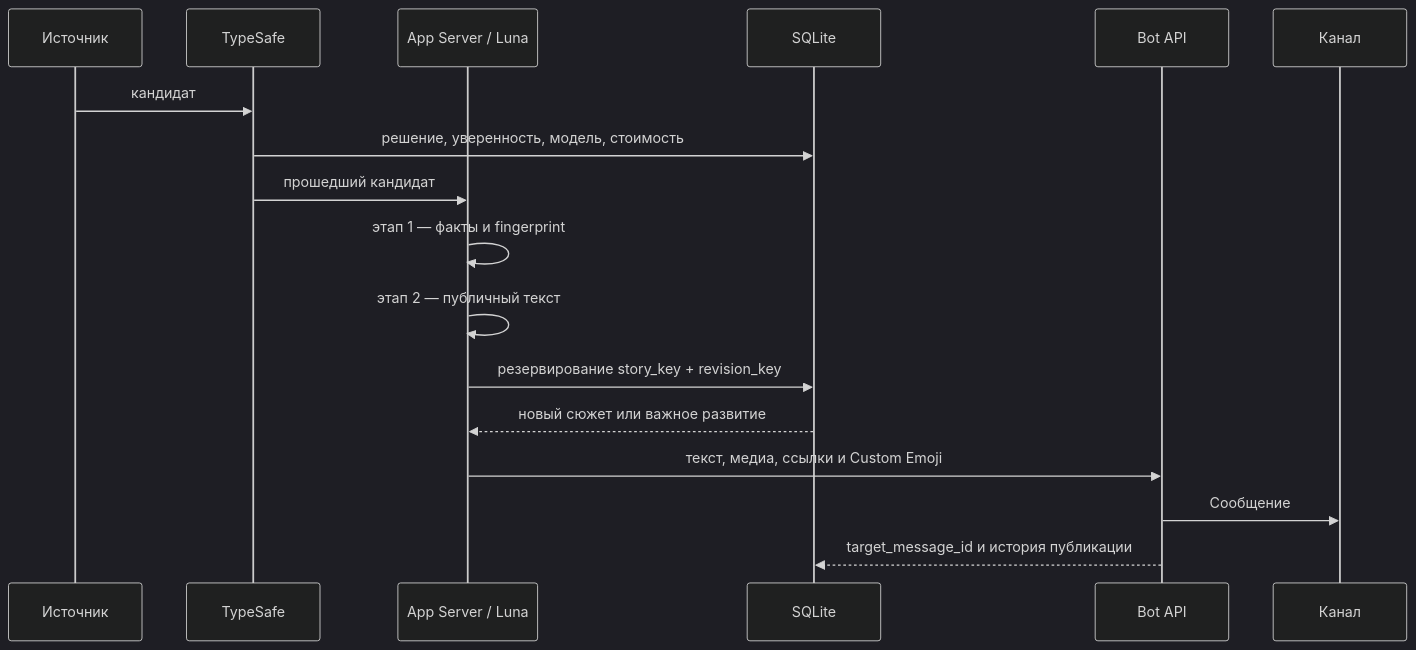
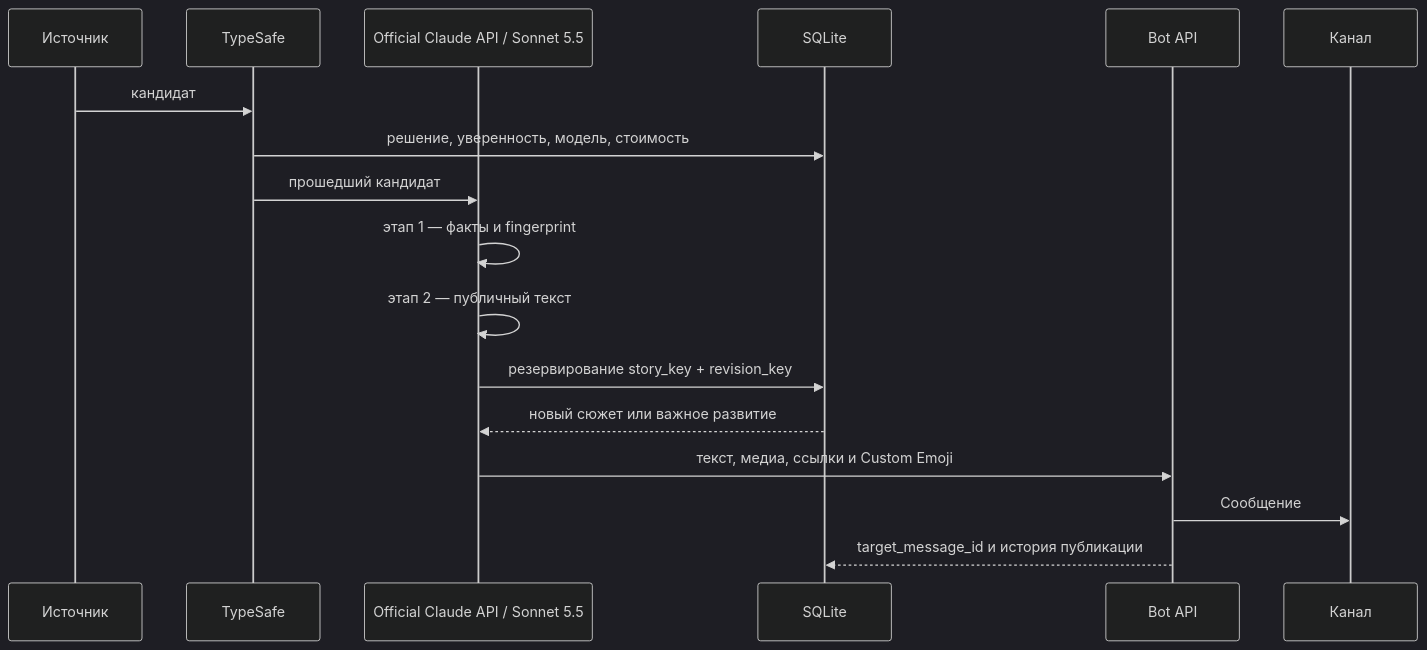
The second of 3 diagrams in README.md (Gildra-Foundation/news), drawn with Mermaid (dark theme) before and after one commit. The commit also changed other lines of this file and 48 other files, not shown here.

Commit message:
feat: publish verified Russian WoW news with Claude and website API

````diff
--- a/README.md
+++ b/README.md
@@ -75,20 +75,20 @@
 ```mermaid
 sequenceDiagram
     participant Src as Источник
     participant Sel as TypeSafe
-    participant Luna as App Server / Luna
+    participant AI as Official Claude API / Sonnet 5.5
     participant DB as SQLite
     participant Bot as Bot API
     participant CH as Канал
 
     Src->>Sel: кандидат
     Sel->>DB: решение, уверенность, модель, стоимость
-    Sel->>Luna: прошедший кандидат
-    Luna->>Luna: этап 1 — факты и fingerprint
-    Luna->>Luna: этап 2 — публичный текст
-    Luna->>DB: резервирование story_key + revision_key
-    DB-->>Luna: новый сюжет или важное развитие
-    Luna->>Bot: текст, медиа, ссылки и Custom Emoji
+    Sel->>AI: прошедший кандидат
+    AI->>AI: этап 1 — факты и fingerprint
+    AI->>AI: этап 2 — публичный текст
+    AI->>DB: резервирование story_key + revision_key
+    DB-->>AI: новый сюжет или важное развитие
+    AI->>Bot: текст, медиа, ссылки и Custom Emoji
     Bot->>CH: Сообщение
     Bot-->>DB: target_message_id и история публикации
 ```
````
